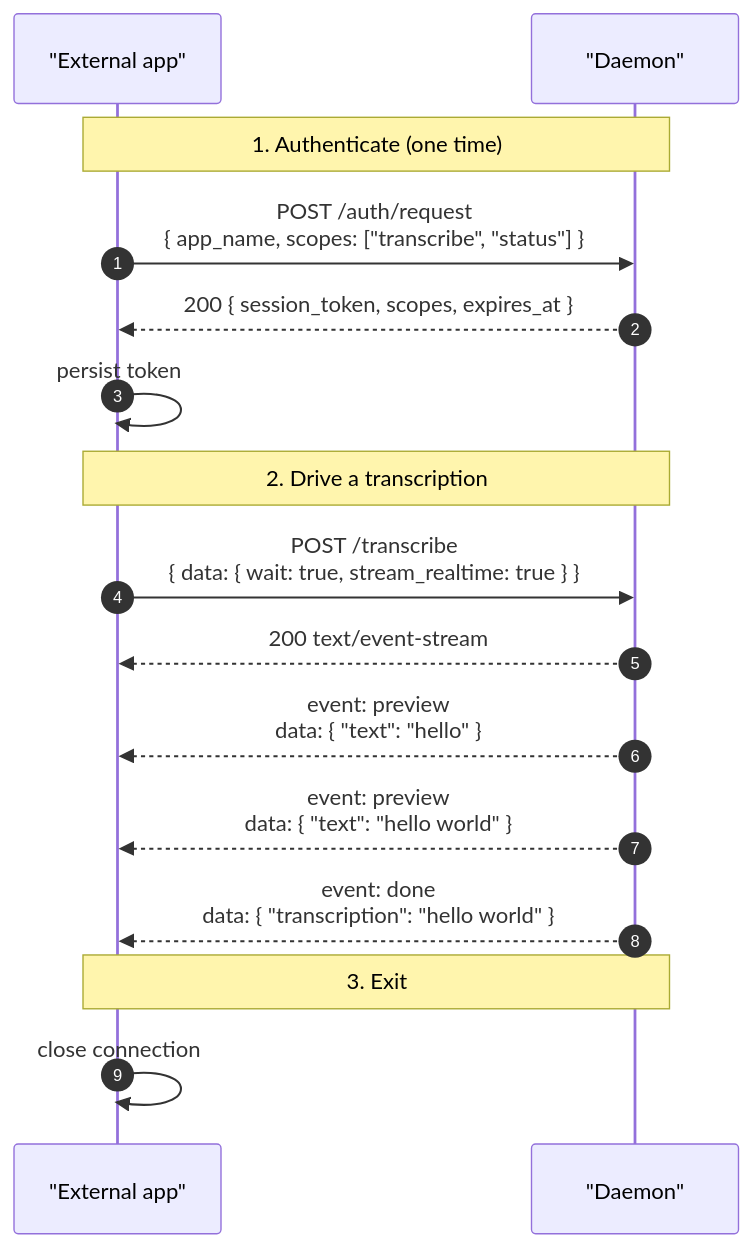
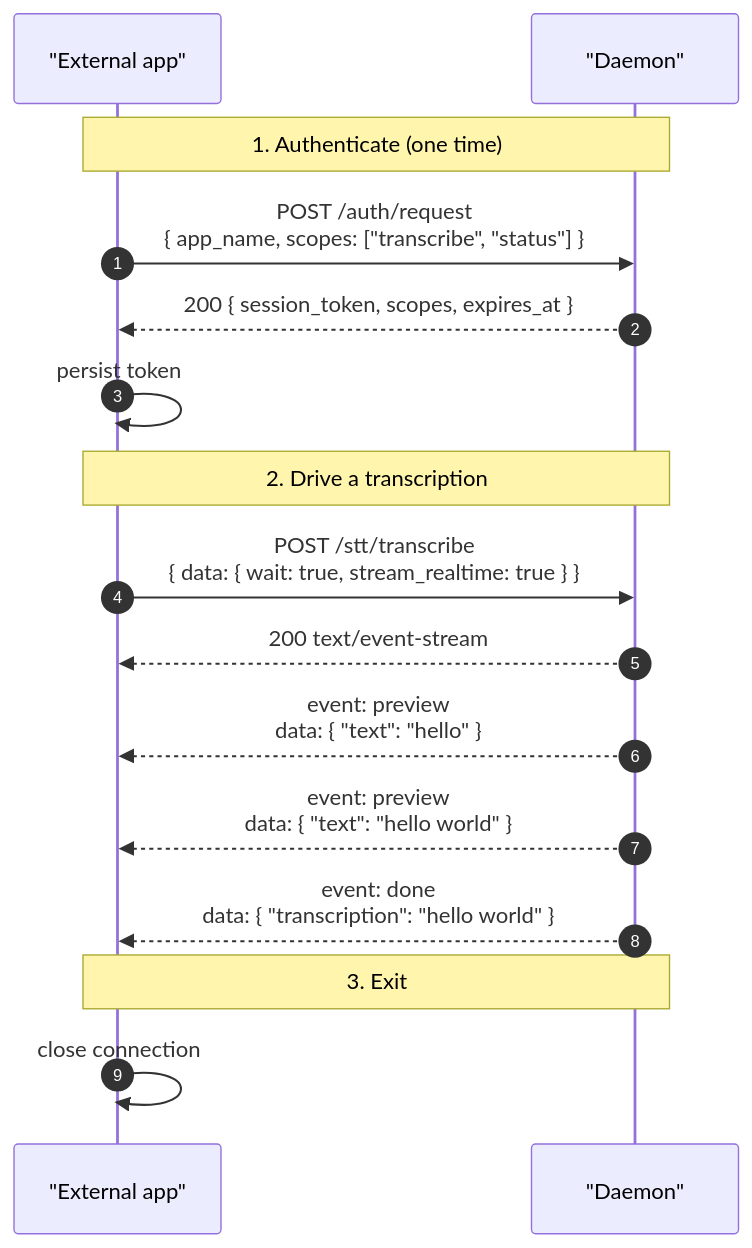
The diagram in docs/protocol/scopes/transcribe.md (jorge-menjivar/super-stt), drawn with Mermaid before and after one commit. The commit also changed other lines of this file and 181 other files, not shown here.

````diff
--- a/docs/protocol/scopes/transcribe.md
+++ b/docs/protocol/scopes/transcribe.md
@@ -62,21 +62,21 @@
 ```mermaid
 sequenceDiagram
     autonumber
     participant App as "External app"
     participant D as "Daemon"
 
     Note over App,D: 1. Authenticate (one time)
     App->>D: POST /auth/request<br/>{ app_name, scopes: ["transcribe", "status"] }
     D-->>App: 200 { session_token, scopes, expires_at }
     App->>App: persist token
 
     Note over App,D: 2. Drive a transcription
-    App->>D: POST /transcribe<br/>{ data: { wait: true, stream_realtime: true } }
+    App->>D: POST /stt/transcribe<br/>{ data: { wait: true, stream_realtime: true } }
     D-->>App: 200 text/event-stream
     D-->>App: event: preview<br/>data: { "text": "hello" }
     D-->>App: event: preview<br/>data: { "text": "hello world" }
     D-->>App: event: done<br/>data: { "transcription": "hello world" }
 
     Note over App,D: 3. Exit
     App->>App: close connection
 ```
````
